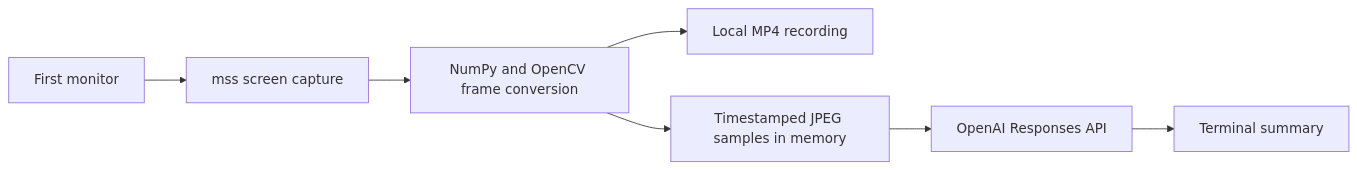
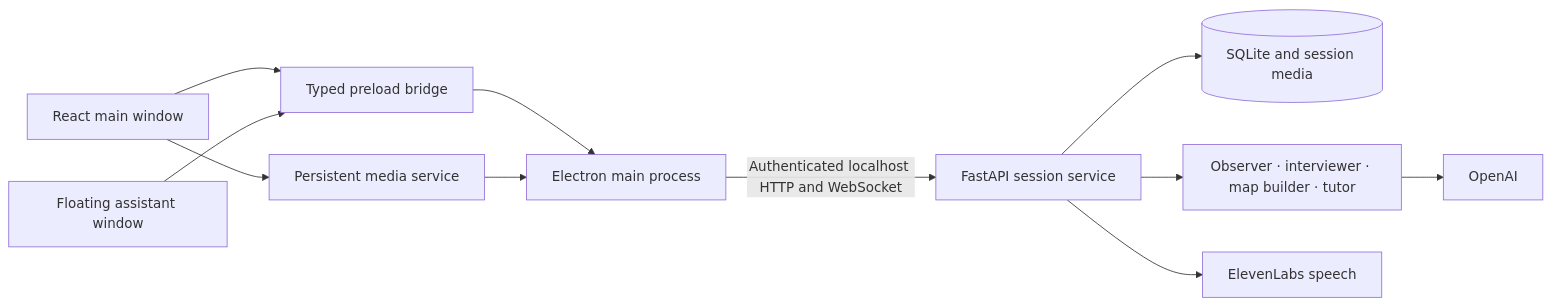
Before and after one commit to nsbarnett/hack-nation_eleven-labs: the diagram in README.md, drawn with Mermaid. The commit also changed other lines of this file and 117 other files, not shown here.

````diff
--- a/README.md
+++ b/README.md
@@ -40,9 +49,13 @@
 ```mermaid
 flowchart LR
-    A[First monitor] --> B[mss screen capture]
-    B --> C[NumPy and OpenCV frame conversion]
-    C --> D[Local MP4 recording]
-    C --> E[Timestamped JPEG samples in memory]
-    E --> F[OpenAI Responses API]
-    F --> G[Terminal summary]
+    MainUI[React main window] --> Preload[Typed preload bridge]
+    Orb[Floating assistant window] --> Preload
+    Preload --> Electron[Electron main process]
+    MainUI --> Capture[Persistent media service]
+    Capture --> Electron
+    Electron -->|Authenticated localhost HTTP and WebSocket| Python[FastAPI session service]
+    Python --> Store[(SQLite and session media)]
+    Python --> Roles[Observer · interviewer · map builder · tutor]
+    Roles --> OpenAI[OpenAI]
+    Python --> ElevenLabs[ElevenLabs speech]
 ```
````
